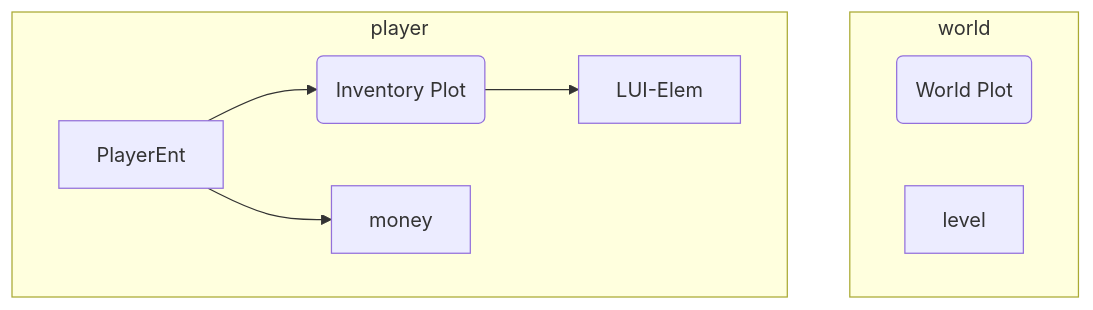
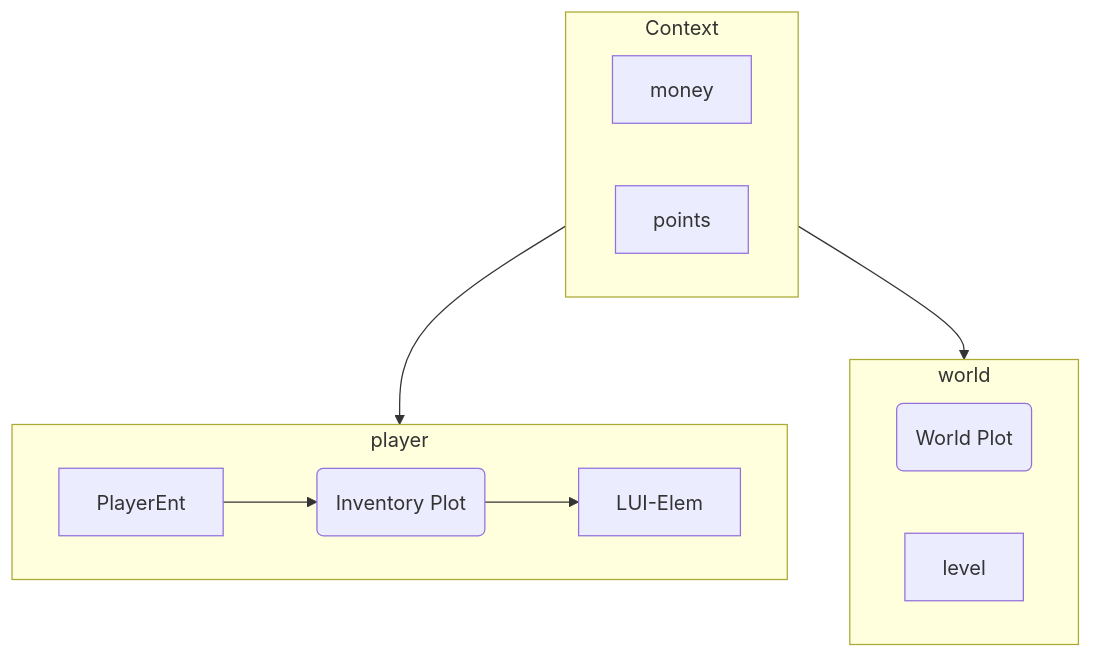
One commit to UntitledModGame/umg-mods changed the first of 4 diagrams in lootplot/ARCHITECTURE.md. Above: the diagram before and after it, drawn with Mermaid. The commit also changed 5 other files, not shown here.

````diff
--- a/lootplot/ARCHITECTURE.md
+++ b/lootplot/ARCHITECTURE.md
@@ -5,16 +5,22 @@
 ```mermaid
 
 graph TD
+    subgraph Context
+        money
+        points
+    end
+    Context --> player
+    Context--> world
+
     subgraph world
         WorldPlot(World Plot)
         level
     end
     subgraph player
         PlayerEnt
         PlayerEnt --> InventoryPlot
-        PlayerEnt --> money
         InventoryPlot --> LUI-Elem
         InventoryPlot(Inventory Plot)
     end
 
 ```
````
